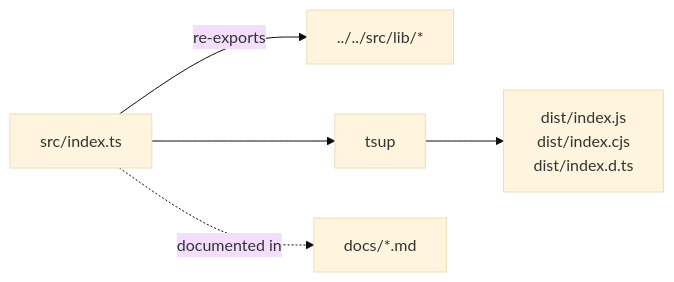
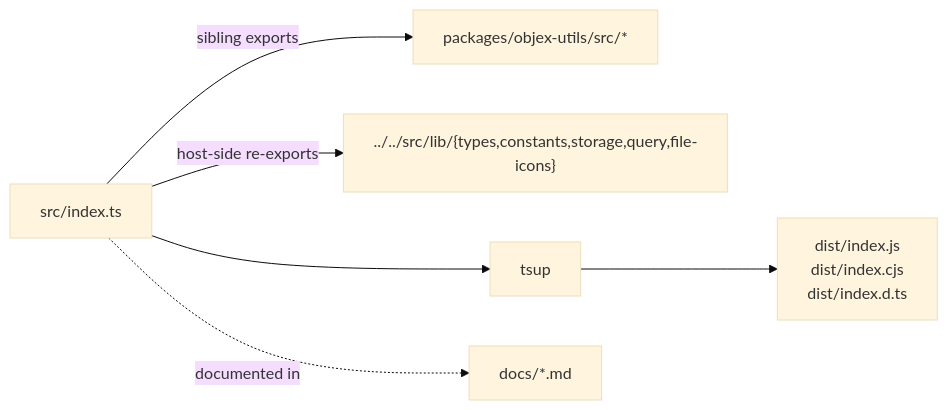
One commit to walkthru-earth/objex changed the diagram in packages/objex-utils/CLAUDE.md. Above: the diagram before and after it, drawn with Mermaid (base theme). The commit also changed other lines of this file and 87 other files, not shown here.

First line of the commit message:
refactor(objex-utils): complete relocation, remove src/lib/utils shims

````diff
--- a/packages/objex-utils/CLAUDE.md
+++ b/packages/objex-utils/CLAUDE.md
@@ -7,6 +9,7 @@
 ```mermaid
 graph LR
-    IDX[src/index.ts] -->|re-exports| SRC["../../src/lib/*"]
+    IDX[src/index.ts] -->|sibling exports| LOCAL["packages/objex-utils/src/*"]
+    IDX -->|host-side re-exports| SRC["../../src/lib/{types,constants,storage,query,file-icons}"]
     IDX --> TSUP[tsup] --> DIST["dist/index.js<br/>dist/index.cjs<br/>dist/index.d.ts"]
     IDX -. documented in .-> DOCS[docs/*.md]
 ```
````
